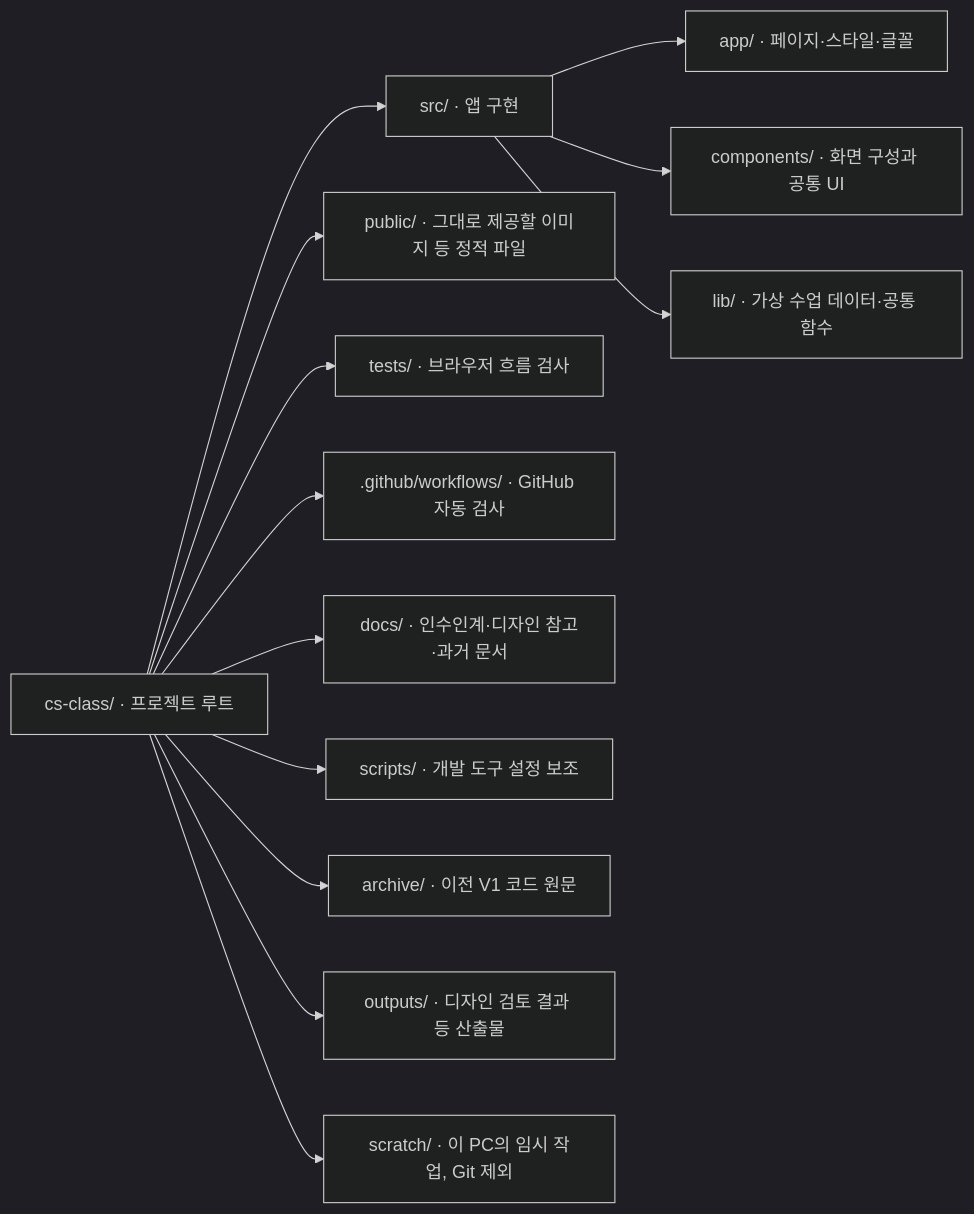
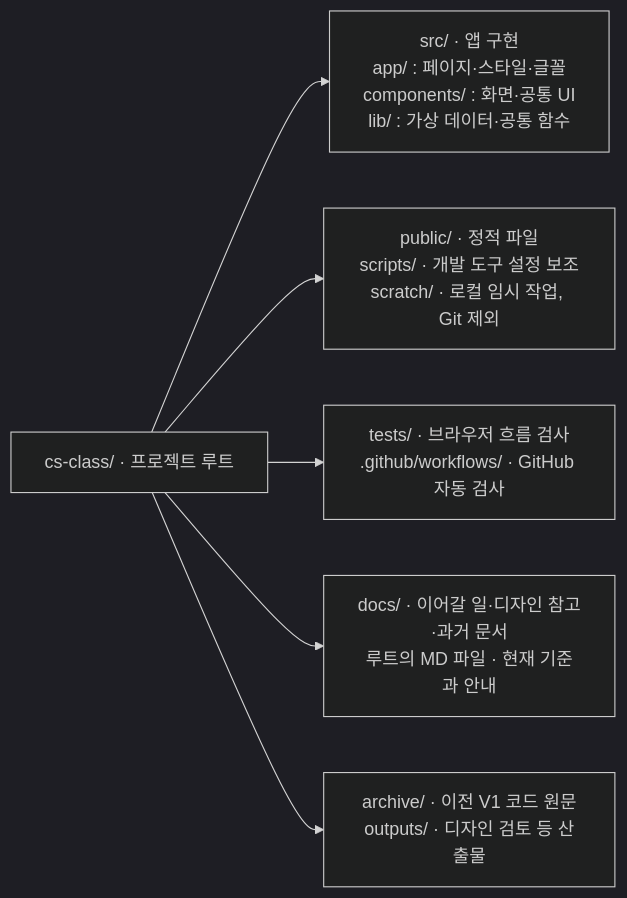
The diagram in README.md (DonghyunT/cs-class), drawn with Mermaid (dark theme) before and after one commit. The commit also changed 1 other file, not shown here.

Commit message:
docs: simplify structure diagram and record migration verification

````diff
--- a/README.md
+++ b/README.md
@@ -21,16 +21,9 @@
 ```mermaid
 flowchart LR
     root["cs-class/ · 프로젝트 루트"]
-    root --> src["src/ · 앱 구현"]
-    src --> app["app/ · 페이지·스타일·글꼴"]
-    src --> components["components/ · 화면 구성과 공통 UI"]
-    src --> lib["lib/ · 가상 수업 데이터·공통 함수"]
-    root --> public["public/ · 그대로 제공할 이미지 등 정적 파일"]
-    root --> tests["tests/ · 브라우저 흐름 검사"]
-    root --> ci[".github/workflows/ · GitHub 자동 검사"]
-    root --> docs["docs/ · 인수인계·디자인 참고·과거 문서"]
-    root --> scripts["scripts/ · 개발 도구 설정 보조"]
-    root --> archive["archive/ · 이전 V1 코드 원문"]
-    root --> outputs["outputs/ · 디자인 검토 결과 등 산출물"]
-    root --> scratch["scratch/ · 이 PC의 임시 작업, Git 제외"]
+    root --> src["src/ · 앱 구현<br/>app/ : 페이지·스타일·글꼴<br/>components/ : 화면·공통 UI<br/>lib/ : 가상 데이터·공통 함수"]
+    root --> support["public/ · 정적 파일<br/>scripts/ · 개발 도구 설정 보조<br/>scratch/ · 로컬 임시 작업, Git 제외"]
+    root --> checks["tests/ · 브라우저 흐름 검사<br/>.github/workflows/ · GitHub 자동 검사"]
+    root --> docs["docs/ · 이어갈 일·디자인 참고·과거 문서<br/>루트의 MD 파일 · 현재 기준과 안내"]
+    root --> history["archive/ · 이전 V1 코드 원문<br/>outputs/ · 디자인 검토 등 산출물"]
 ```
````
